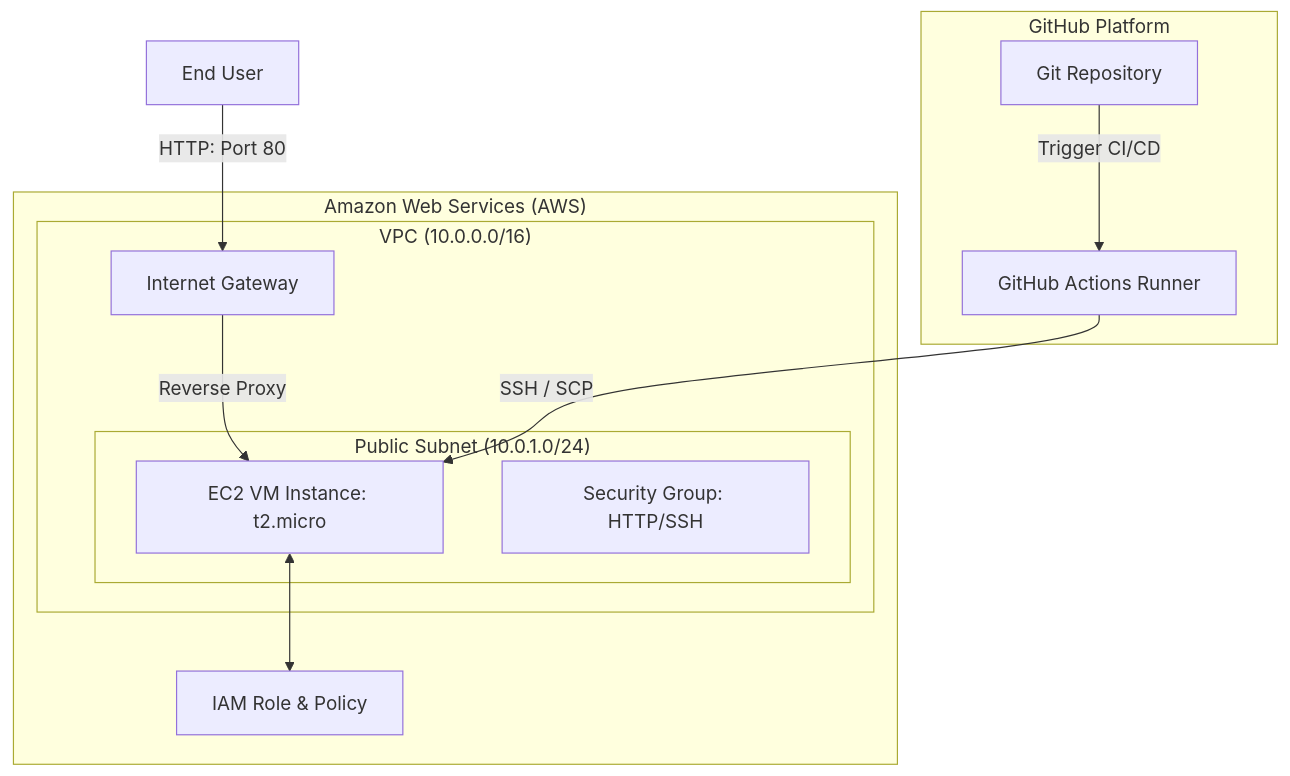
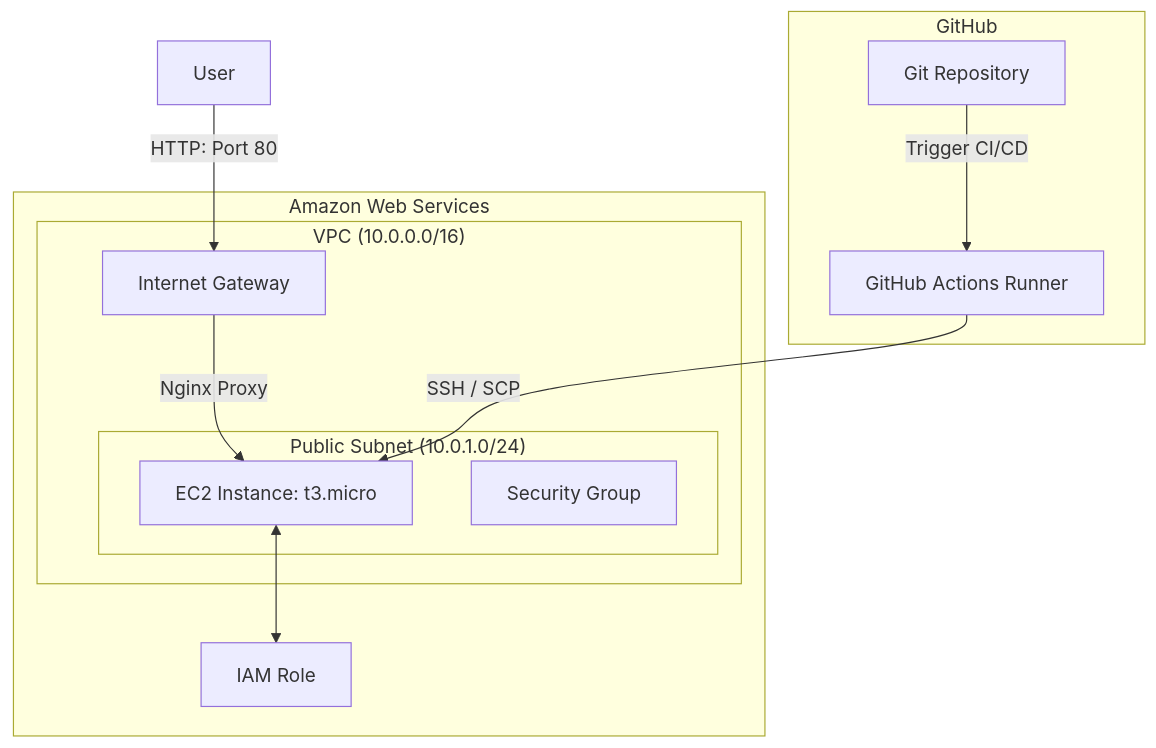
Before and after one commit to Santhoshraj38/simple-app-ec2-cicd: the diagram in README.md, drawn with Mermaid. The commit also changed other lines of this file, not shown here.

Commit message:
docs: update README with project architecture and details

````diff
--- a/README.md
+++ b/README.md
@@ -11,26 +11,26 @@
 ```mermaid
 graph TD
-    subgraph GitHub ["GitHub Platform"]
+    subgraph GitHub ["GitHub"]
         Actions[GitHub Actions Runner]
         Repo[Git Repository]
     end
 
-    subgraph AWS ["Amazon Web Services (AWS)"]
+    subgraph AWS ["Amazon Web Services"]
         subgraph VPC ["VPC (10.0.0.0/16)"]
             subgraph Subnet ["Public Subnet (10.0.1.0/24)"]
-                EC2[EC2 VM Instance: t2.micro]
-                SG[Security Group: HTTP/SSH]
+                EC2[EC2 Instance: t3.micro]
+                SG[Security Group]
             end
             IGW[Internet Gateway]
         end
         
-        IAM[IAM Role & Policy]
+        IAM[IAM Role]
     end
 
-    User[End User] -->|HTTP: Port 80| IGW
-    IGW -->|Reverse Proxy| EC2
+    User[User] -->|HTTP: Port 80| IGW
+    IGW -->|Nginx Proxy| EC2
     EC2 <--> IAM
     
     Actions -->|SSH / SCP| EC2
     Repo -->|Trigger CI/CD| Actions
 ```
````
